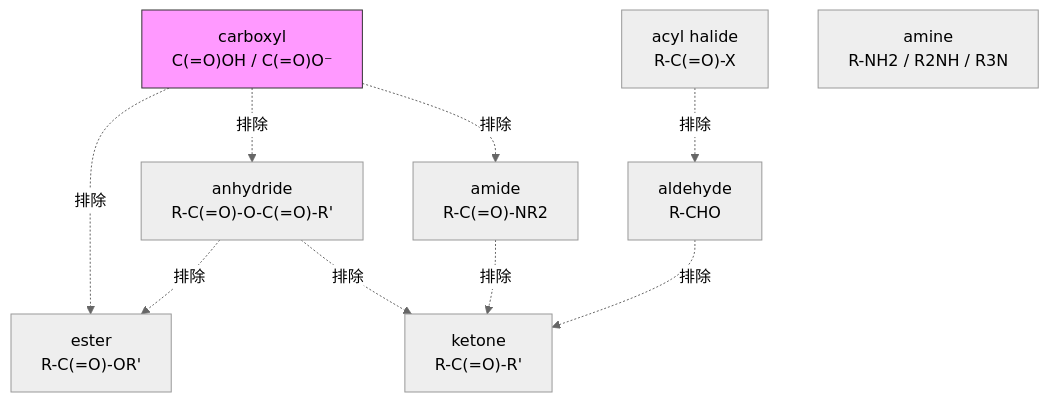
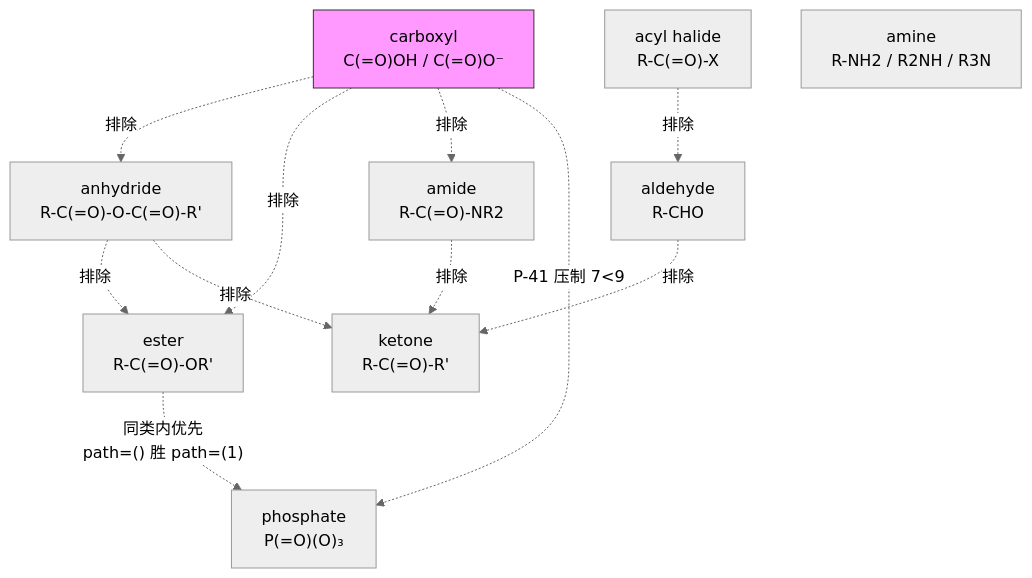
Before and after one commit to zouxiaofei1/OpenSMILES: the second of 2 diagrams in docs/wiki/architecture/layer1-analyzer.md, drawn with Mermaid (neutral theme). The commit also changed other lines of this file and 13 other files, not shown here.

````diff
--- a/docs/wiki/architecture/layer1-analyzer.md
+++ b/docs/wiki/architecture/layer1-analyzer.md
@@ -247,22 +266,25 @@
 ```mermaid
 flowchart TD
     CARBOXYL["carboxyl<br/>C(=O)OH / C(=O)O⁻"]
     ANHYDRIDE["anhydride<br/>R-C(=O)-O-C(=O)-R'"]
     ESTER["ester<br/>R-C(=O)-OR'"]
     AMIDE["amide<br/>R-C(=O)-NR2"]
     KETONE["ketone<br/>R-C(=O)-R'"]
     ALDEHYDE["aldehyde<br/>R-CHO"]
     ACYL_HALIDE["acyl halide<br/>R-C(=O)-X"]
     AMINE["amine<br/>R-NH2 / R2NH / R3N"]
+    PHOSPHATE["phosphate<br/>P(=O)(O)₃"]
 
     CARBOXYL -.->|"排除"| ANHYDRIDE
     CARBOXYL -.->|"排除"| ESTER
     CARBOXYL -.->|"排除"| AMIDE
     ANHYDRIDE -.->|"排除"| ESTER
     ANHYDRIDE -.->|"排除"| KETONE
     ACYL_HALIDE -.->|"排除"| ALDEHYDE
     AMIDE -.->|"排除"| KETONE
     ALDEHYDE -.->|"排除"| KETONE
+    CARBOXYL -.->|"P-41 压制 7<9"| PHOSPHATE
+    ESTER -.->|"同类内优先<br/>path=() 胜 path=(1)"| PHOSPHATE
 
     style CARBOXYL fill:#f9f,stroke:#333
 ```
````
